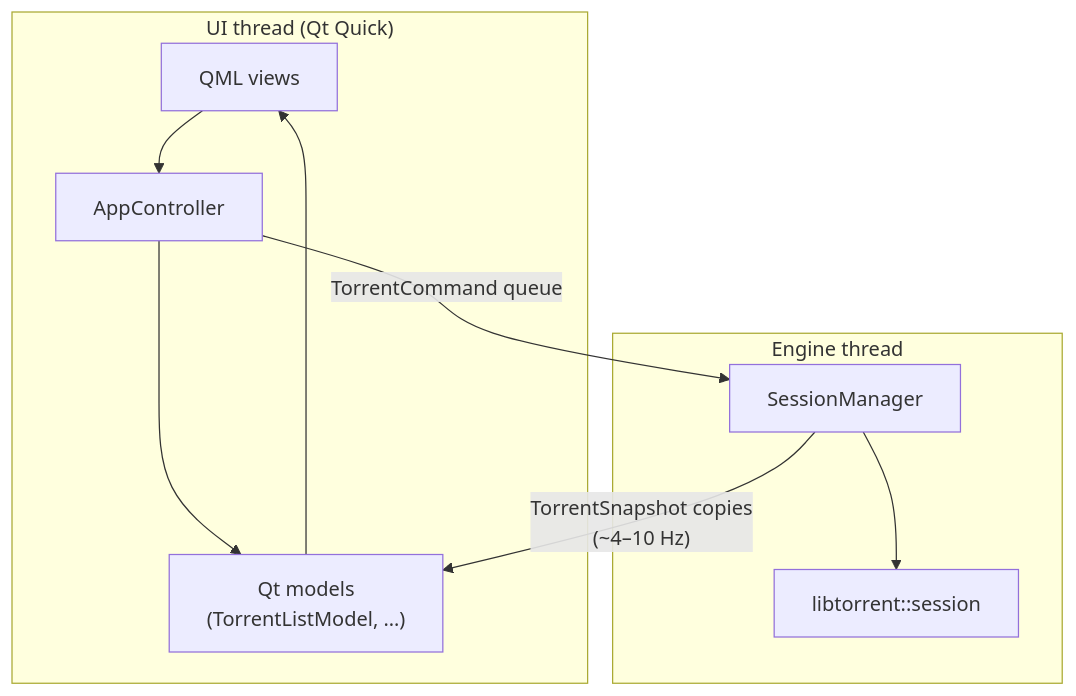
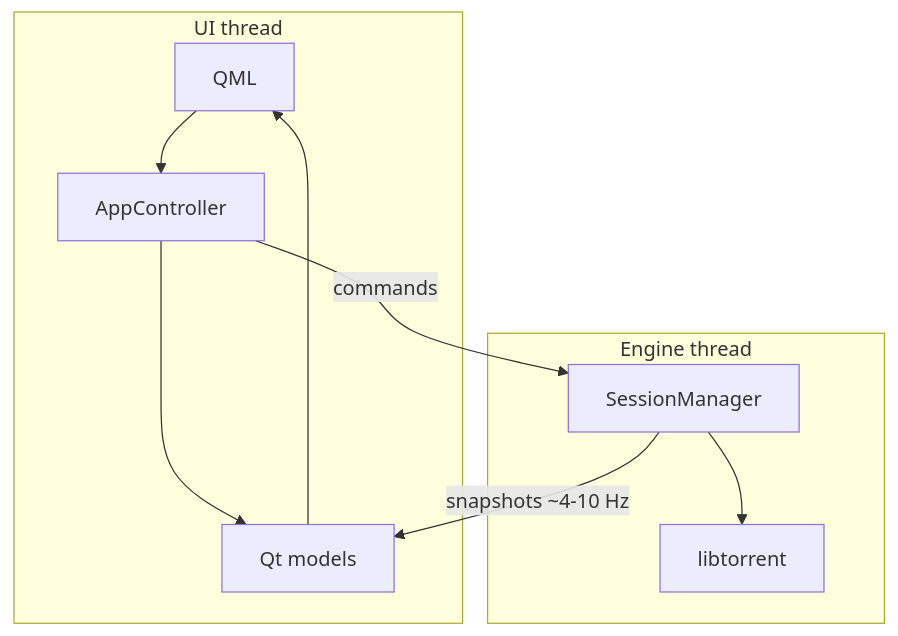
Before and after one commit to dineshkn-dev/torrex-desktop: the diagram in docs/ARCHITECTURE.md, drawn with Mermaid. The commit also changed other lines of this file and 5 other files, not shown here.

Commit message:
Refactor documentation: streamline AGENTS.md, CONTRIBUTING.md, and ARCHITECTURE.md for clarity and consistency. Remove outdated files and enhance build instructions. Update validation script to reflect current documentation requirements.

````diff
--- a/docs/ARCHITECTURE.md
+++ b/docs/ARCHITECTURE.md
@@ -7,20 +7,14 @@
 ```mermaid
 flowchart TB
-    subgraph ui ["UI thread (Qt Quick)"]
-        QML["QML views"]
+    subgraph ui ["UI thread"]
+        QML["QML"]
         AC["AppController"]
-        Models["Qt models\n(TorrentListModel, …)"]
-        QML --> AC
-        AC --> Models
-        Models --> QML
+        Models["Qt models"]
+        QML --> AC --> Models --> QML
     end
-
     subgraph engine ["Engine thread"]
-        SM["SessionManager"]
-        LT["libtorrent::session"]
-        SM --> LT
+        SM["SessionManager"] --> LT["libtorrent"]
     end
-
-    AC -->|"TorrentCommand queue"| SM
-    SM -->|"TorrentSnapshot copies\n(~4–10 Hz)"| Models
+    AC -->|commands| SM
+    SM -->|snapshots ~4-10 Hz| Models
 ```
````
